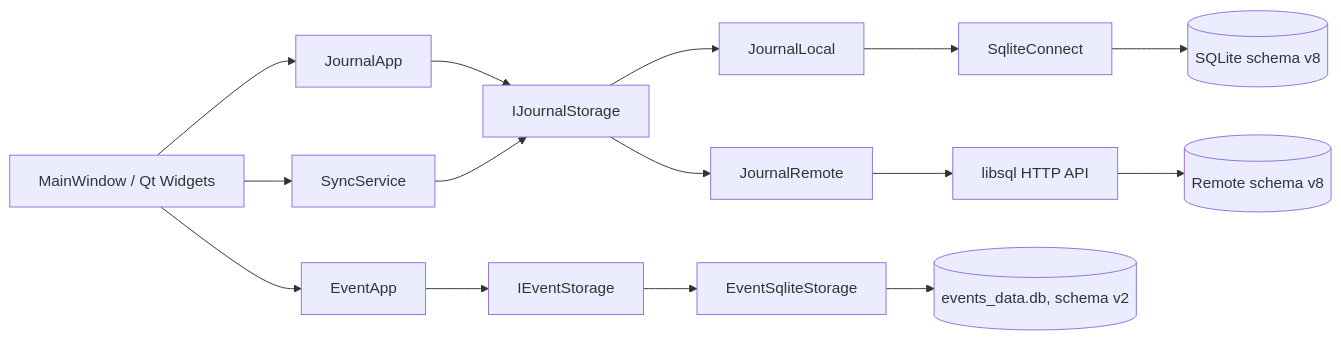
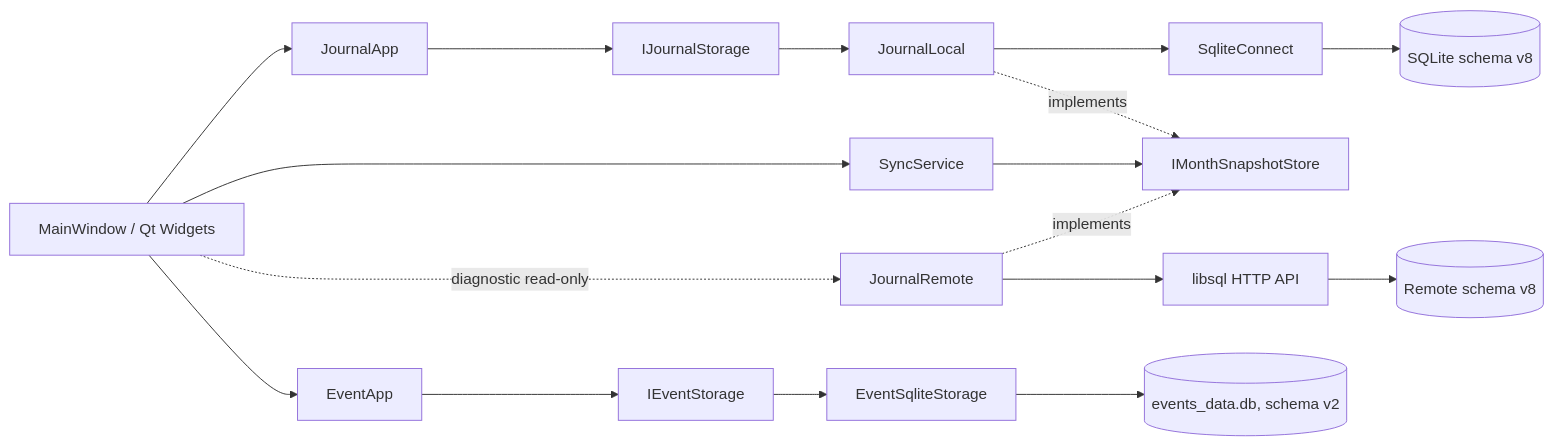
Before and after one commit to Satkhar/journal_app: the diagram in doc/arch.md, drawn with Mermaid. The commit also changed other lines of this file and 30 other files, not shown here.

````diff
--- a/doc/arch.md
+++ b/doc/arch.md
@@ -5,17 +5,19 @@
 ```mermaid
 flowchart LR
   UI[MainWindow / Qt Widgets] --> APP[JournalApp]
   APP --> ST[IJournalStorage]
   ST --> LOCAL[JournalLocal]
-  ST --> REMOTE[JournalRemote]
   LOCAL --> SQLITE[SqliteConnect]
   SQLITE --> LDB[(SQLite schema v8)]
+  UI --> SYNC[SyncService]
+  SYNC --> SNAP[IMonthSnapshotStore]
+  LOCAL -. implements .-> SNAP
+  REMOTE[JournalRemote] -. implements .-> SNAP
   REMOTE --> API[libsql HTTP API]
   API --> RDB[(Remote schema v8)]
-  UI --> SYNC[SyncService]
-  SYNC --> ST
+  UI -. diagnostic read-only .-> REMOTE
   UI --> EAPP[EventApp]
   EAPP --> EST[IEventStorage]
   EST --> ESQL[EventSqliteStorage]
   ESQL --> EDB[(events_data.db, schema v2)]
 ```
````
